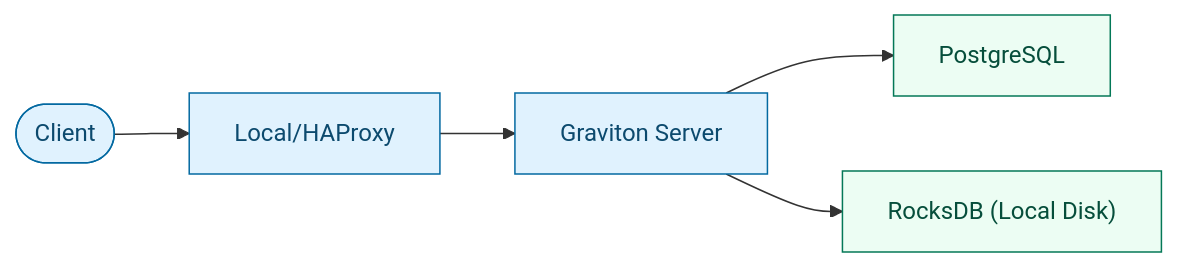
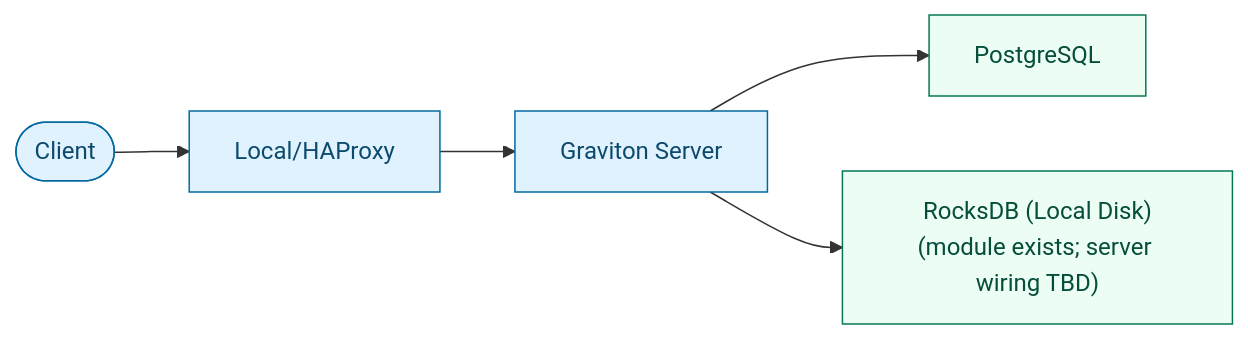
Before and after one commit to AdrielC/graviton: the first of 3 diagrams in docs/ops/deployment.md, drawn with Mermaid. The commit also changed other lines of this file and 12 other files, not shown here.

````diff
--- a/docs/ops/deployment.md
+++ b/docs/ops/deployment.md
@@ -11,16 +25,16 @@
 ```mermaid
 flowchart LR
     classDef edge stroke:#64748b,color:#0f172a;
     classDef compute fill:#e0f2fe,stroke:#0369a1,color:#0c4a6e;
     classDef storage fill:#ecfdf3,stroke:#047857,color:#064e3b;
 
     client(["Client"]):::compute
     balancer["Local/HAProxy"]:::compute
     server["Graviton Server"]:::compute
     pg["PostgreSQL"]:::storage
-    rocks["RocksDB (Local Disk)"]:::storage
+    rocks["RocksDB (Local Disk)\n(module exists; server wiring TBD)"]:::storage
 
     client --> balancer --> server
     server --> pg
     server --> rocks
 ```
````
